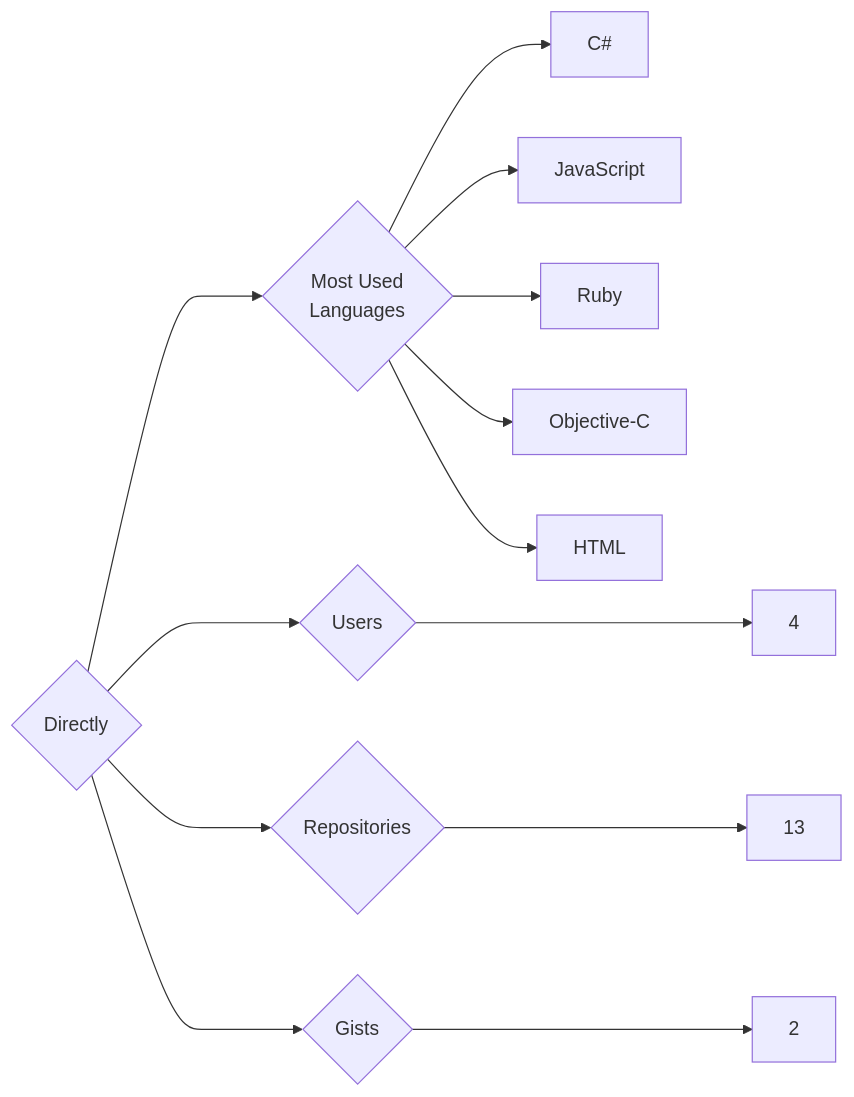
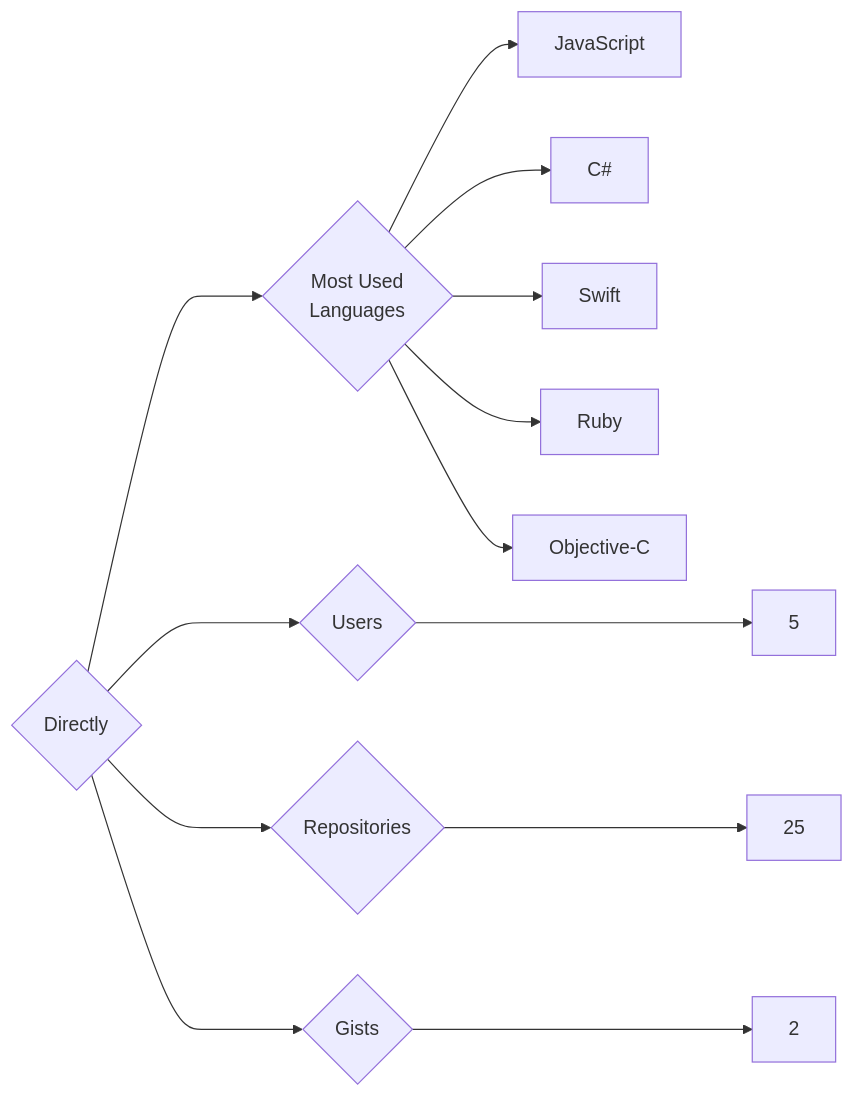
Before and after one commit to trickest/insiders: the diagram in targets/Directly/README.md, drawn with Mermaid. The commit also changed 985 other files, not shown here.

````diff
--- a/targets/Directly/README.md
+++ b/targets/Directly/README.md
@@ -3,13 +3,13 @@
 ```mermaid
 graph LR
 COMPANY_NAME{Directly}
-COMPANY_NAME ---> U{Users} ---> UN[4]
-COMPANY_NAME ---> R{Repositories} ---> RN[13]
+COMPANY_NAME ---> U{Users} ---> UN[5]
+COMPANY_NAME ---> R{Repositories} ---> RN[25]
 COMPANY_NAME ---> G{Gists} ---> GN[2]
 COMPANY_NAME ---> ML{Most Used<br>Languages}
+ML --> JavaScript[JavaScript]
 ML --> C#[C#]
-ML --> JavaScript[JavaScript]
+ML --> Swift[Swift]
 ML --> Ruby[Ruby]
 ML --> Objective-C[Objective-C]
-ML --> HTML[HTML]
 ```
````
